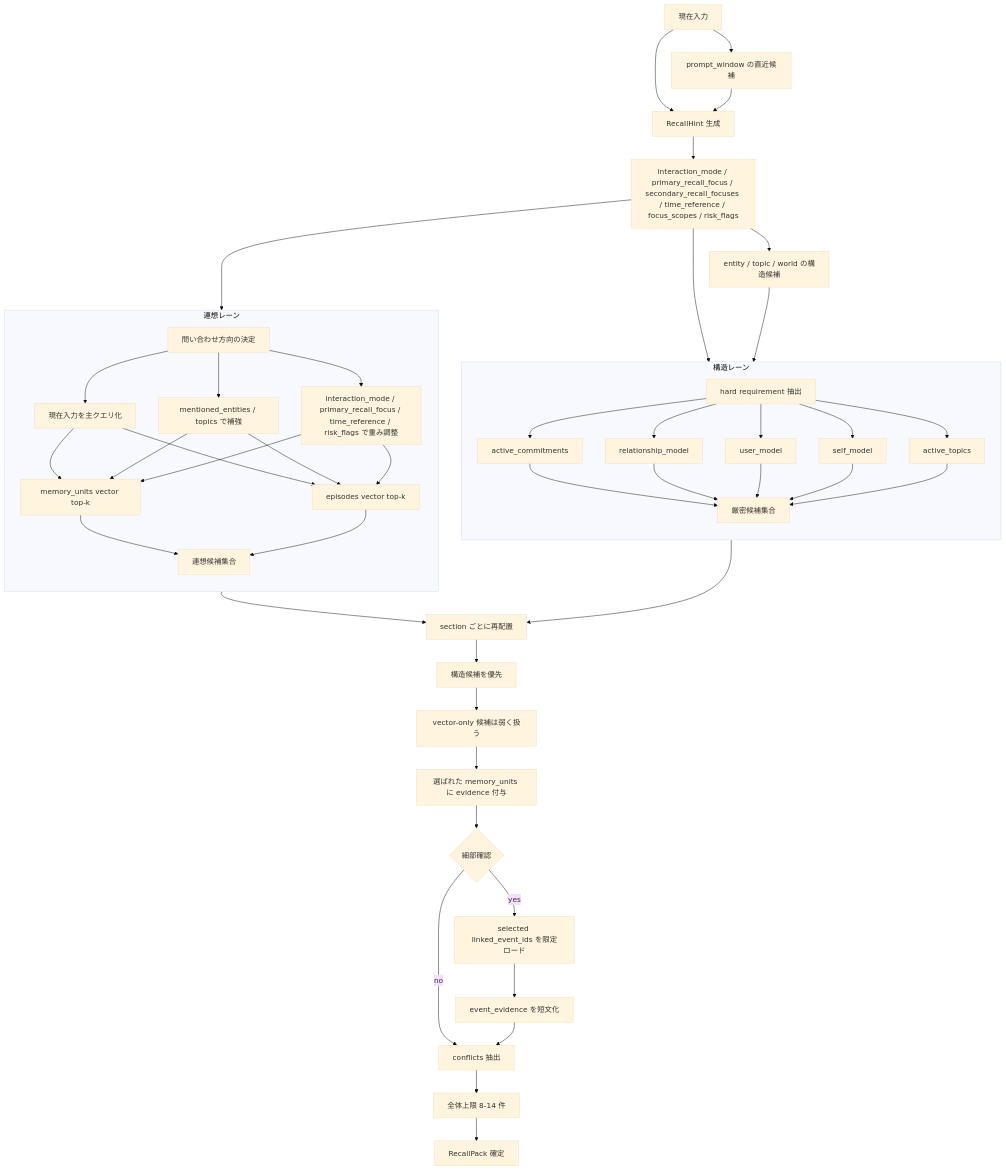
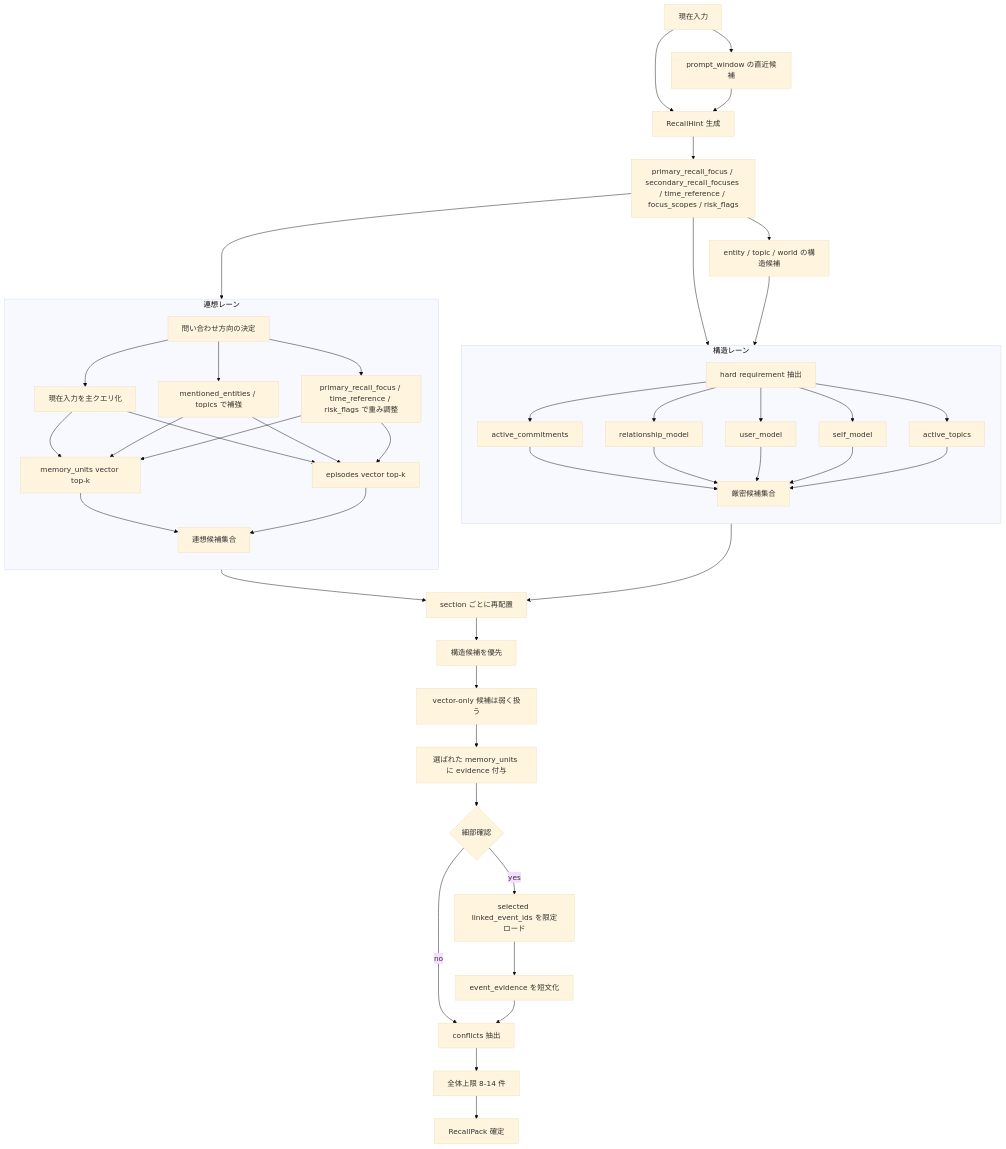
One commit to hirona98/OtomeKairo changed the second of 4 diagrams in docs/design/memory/05_想起と判断フロー図.md. Above: the diagram before and after it, drawn with Mermaid (base theme). The commit also changed 11 other files, not shown here.

````diff
--- a/docs/design/memory/05_想起と判断フロー図.md
+++ b/docs/design/memory/05_想起と判断フロー図.md
@@ -103,69 +103,69 @@
 ```mermaid
 flowchart TD
     A[現在入力] --> B[prompt_window の直近候補]
     A --> C[RecallHint 生成]
     B --> C
-    C --> D[interaction_mode / primary_recall_focus / secondary_recall_focuses / time_reference / focus_scopes / risk_flags]
+    C --> D[primary_recall_focus / secondary_recall_focuses / time_reference / focus_scopes / risk_flags]
 
     D --> E1
     D --> E2
 
     subgraph SL[構造レーン]
         direction TB
         E1[hard requirement 抽出]
         F1[active_commitments]
         F2[relationship_model]
         F3[user_model]
         F4[self_model]
         F5[active_topics]
         G1[厳密候補集合]
         E1 --> F1
         E1 --> F2
         E1 --> F3
         E1 --> F4
         E1 --> F5
         F1 --> G1
         F2 --> G1
         F3 --> G1
         F4 --> G1
         F5 --> G1
     end
 
     subgraph VL[連想レーン]
         direction TB
         E2[問い合わせ方向の決定]
         H1[現在入力を主クエリ化]
         H2[mentioned_entities / topics で補強]
-        H3[interaction_mode / primary_recall_focus / time_reference / risk_flags で重み調整]
+        H3[primary_recall_focus / time_reference / risk_flags で重み調整]
         H4[memory_units vector top-k]
         H5[episodes vector top-k]
         H6[連想候補集合]
         E2 --> H1
         E2 --> H2
         E2 --> H3
         H1 --> H4
         H1 --> H5
         H2 --> H4
         H2 --> H5
         H3 --> H4
         H3 --> H5
         H4 --> H6
         H5 --> H6
     end
 
     D --> ES[entity / topic / world の構造候補]
     ES --> G1
 
     G1 --> I[section ごとに再配置]
     H6 --> I
     I --> J[構造候補を優先]
     J --> K[vector-only 候補は弱く扱う]
     K --> L[選ばれた memory_units に evidence 付与]
     L --> X{細部確認}
     X -- no --> M[conflicts 抽出]
     X -- yes --> Y[selected linked_event_ids を限定ロード]
     Y --> Z[event_evidence を短文化]
     Z --> M
     M --> N[全体上限 8-14 件]
     N --> O[RecallPack 確定]
 ```
````
